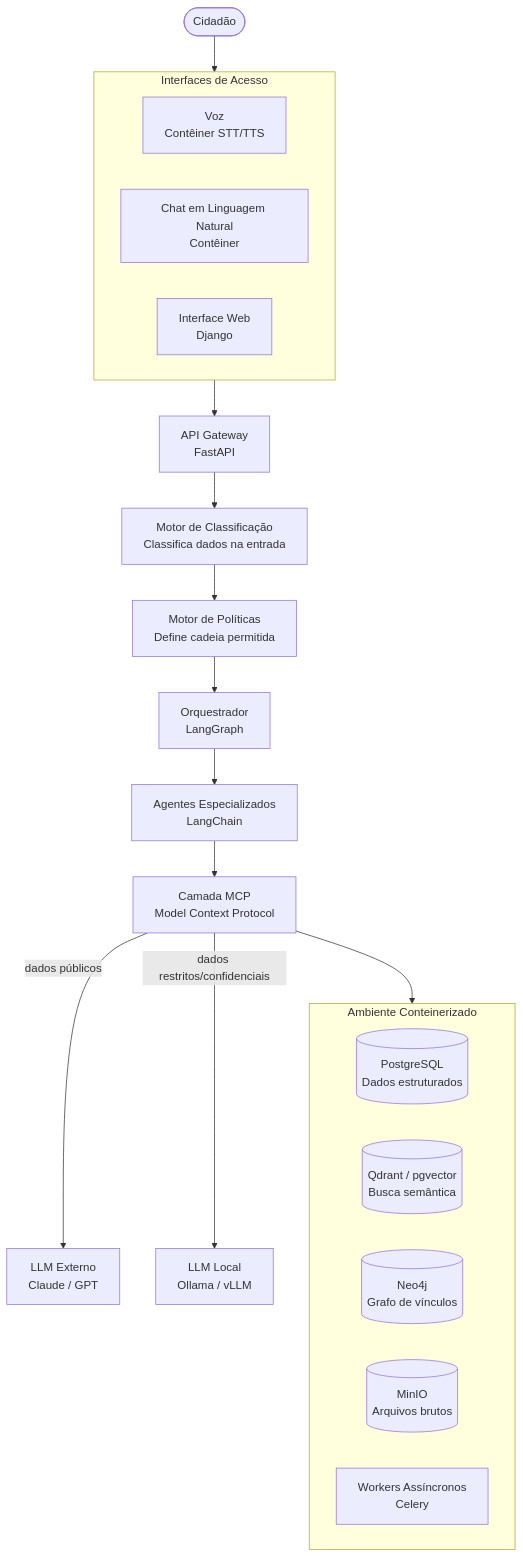
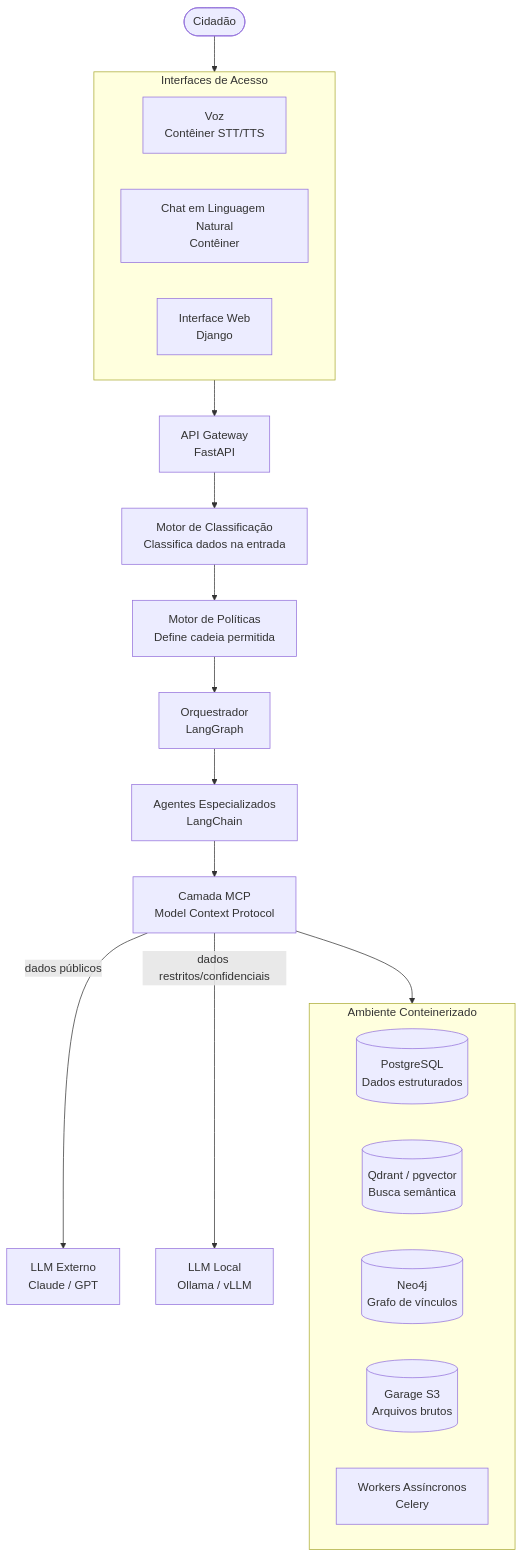
Before and after one commit to bonafe/inteligencia-aberta: the diagram in docs/arquitetura/visao-geral.md, drawn with Mermaid. The commit also changed other lines of this file and 37 other files, not shown here.

First line of the commit message:
troca o MinIO pelo Garage como armazenamento S3

````diff
--- a/docs/arquitetura/visao-geral.md
+++ b/docs/arquitetura/visao-geral.md
@@ -11,30 +11,30 @@
 ```mermaid
 graph TD
     Cidadao([Cidadão]) --> Interfaces
 
     subgraph Interfaces [Interfaces de Acesso]
         Voz[Voz<br/>Contêiner STT/TTS]
         Chat[Chat em Linguagem Natural<br/>Contêiner]
         Web[Interface Web<br/>Django]
     end
 
     Interfaces --> Gateway[API Gateway<br/>FastAPI]
     Gateway --> ClassEngine[Motor de Classificação<br/>Classifica dados na entrada]
     ClassEngine --> PolicyEngine[Motor de Políticas<br/>Define cadeia permitida]
 
     PolicyEngine --> Orch[Orquestrador<br/>LangGraph]
     Orch --> Agents[Agentes Especializados<br/>LangChain]
     Agents --> MCP[Camada MCP<br/>Model Context Protocol]
 
     MCP --> |dados públicos| LLM_Ext[LLM Externo<br/>Claude / GPT]
     MCP --> |dados restritos/confidenciais| LLM_Local[LLM Local<br/>Ollama / vLLM]
     MCP --> Infra[Infraestrutura em Contêineres]
 
     subgraph Infra [Ambiente Conteinerizado]
         DB_Rel[(PostgreSQL<br/>Dados estruturados)]
         DB_Vec[(Qdrant / pgvector<br/>Busca semântica)]
         DB_Graf[(Neo4j<br/>Grafo de vínculos)]
-        Storage[(MinIO<br/>Arquivos brutos)]
+        Storage[(Garage S3<br/>Arquivos brutos)]
         Workers[Workers Assíncronos<br/>Celery]
     end
 ```
````
